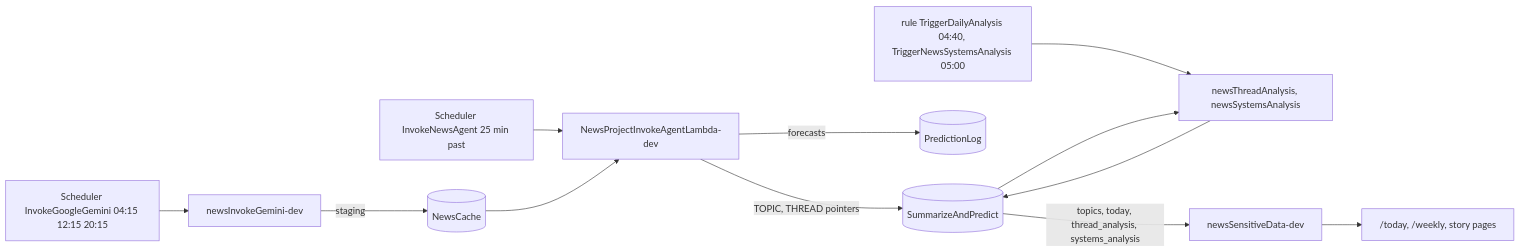
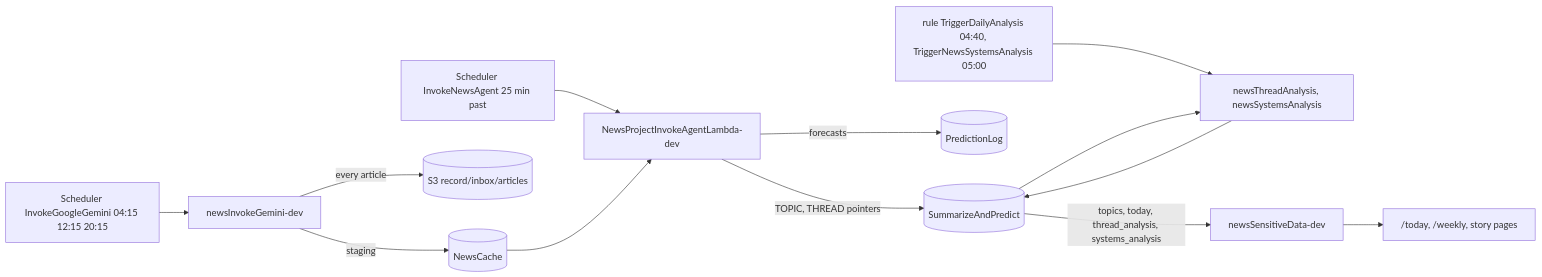
The third of 7 diagrams in project-docs/architecture/ARCHITECTURE.md (BenBen05059997/globalPerspective-v1), drawn with Mermaid before and after one commit. The commit also changed other lines of this file, not shown here.

First line of the commit message:
Rewrite ARCHITECTURE as a clean current map: review live, resolver runs the forecast loop, board is the only view reader, no pipeline alarms

````diff
--- a/project-docs/architecture/ARCHITECTURE.md
+++ b/project-docs/architecture/ARCHITECTURE.md
@@ -208,14 +140,15 @@
 ```mermaid
 flowchart LR
   s1[Scheduler InvokeGoogleGemini 04:15 12:15 20:15] --> a[newsInvokeGemini-dev]
   a -->|staging| nc[(NewsCache)]
+  a -->|every article| ib[(S3 record/inbox/articles)]
   s2[Scheduler InvokeNewsAgent 25 min past] --> b[NewsProjectInvokeAgentLambda-dev]
   nc --> b
   b -->|TOPIC, THREAD pointers| sp[(SummarizeAndPredict)]
   b -->|forecasts| pl[(PredictionLog)]
   s3[rule TriggerDailyAnalysis 04:40, TriggerNewsSystemsAnalysis 05:00] --> c[newsThreadAnalysis, newsSystemsAnalysis]
   sp --> c
   c --> sp
   sp -->|topics, today, thread_analysis, systems_analysis| px[newsSensitiveData-dev]
   px --> pg["/today, /weekly, story pages"]
 ```
````
